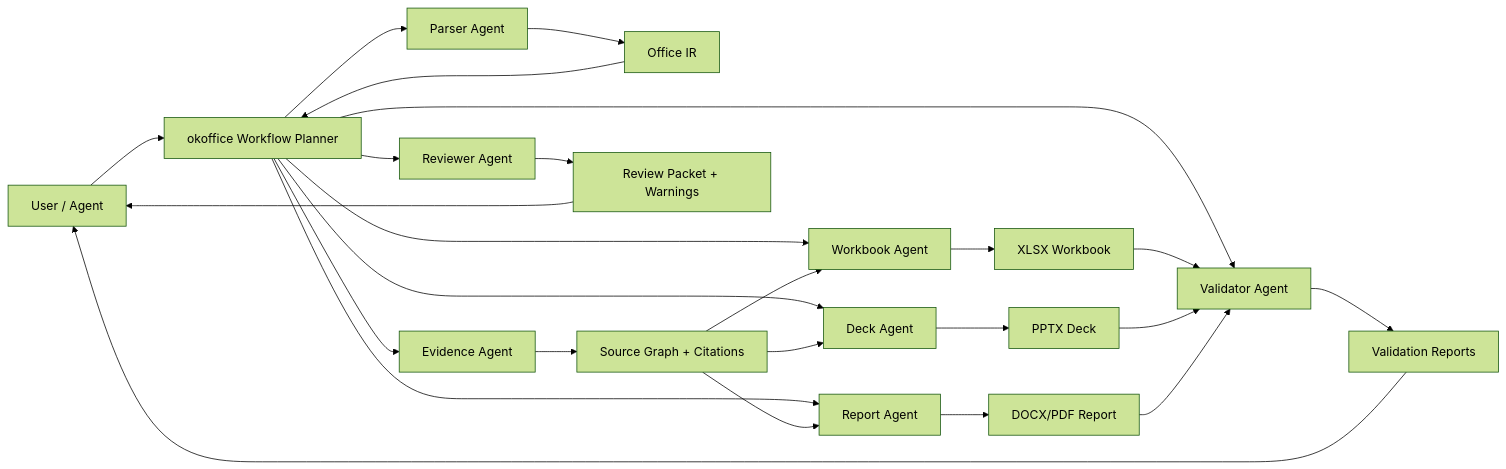
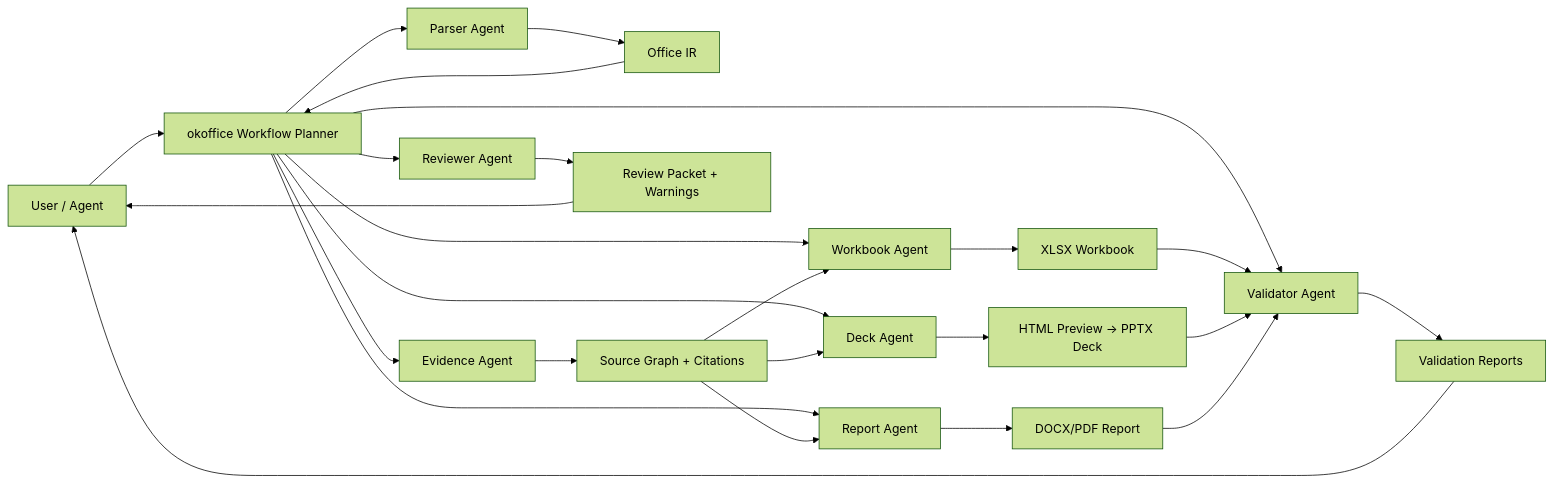
Before and after one commit to tover0314-w/OKoffice: the diagram in docs/34_AGENT_INFRA_AI_CLOUD_STRATEGY.md, drawn with Mermaid (forest theme). The commit also changed other lines of this file and 41 other files, not shown here.

Commit message:
Document taste-driven HTML deck pipeline

````diff
--- a/docs/34_AGENT_INFRA_AI_CLOUD_STRATEGY.md
+++ b/docs/34_AGENT_INFRA_AI_CLOUD_STRATEGY.md
@@ -154,27 +158,27 @@
 ```mermaid
 flowchart LR
   A["User / Agent"] --> B["okoffice Workflow Planner"]
   B --> C["Parser Agent"]
   B --> D["Evidence Agent"]
   B --> E["Workbook Agent"]
   B --> F["Deck Agent"]
   B --> G["Report Agent"]
   B --> H["Validator Agent"]
   B --> I["Reviewer Agent"]
   C --> J["Office IR"]
   D --> K["Source Graph + Citations"]
   E --> L["XLSX Workbook"]
-  F --> M["PPTX Deck"]
+  F --> M["HTML Preview -> PPTX Deck"]
   G --> N["DOCX/PDF Report"]
   H --> O["Validation Reports"]
   I --> P["Review Packet + Warnings"]
   J --> B
   K --> E
   K --> F
   K --> G
   L --> H
   M --> H
   N --> H
   O --> A
   P --> A
 ```
````
